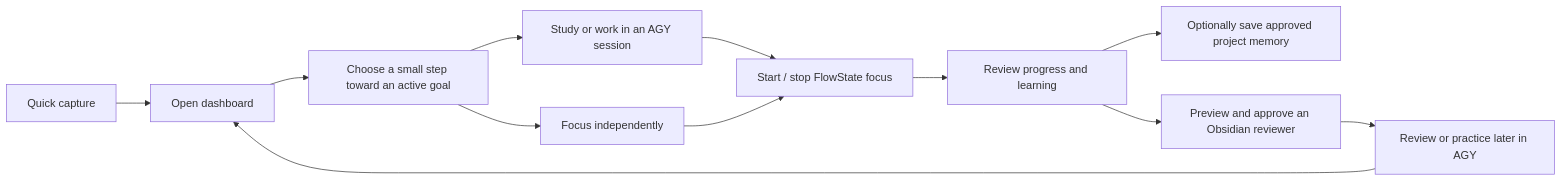
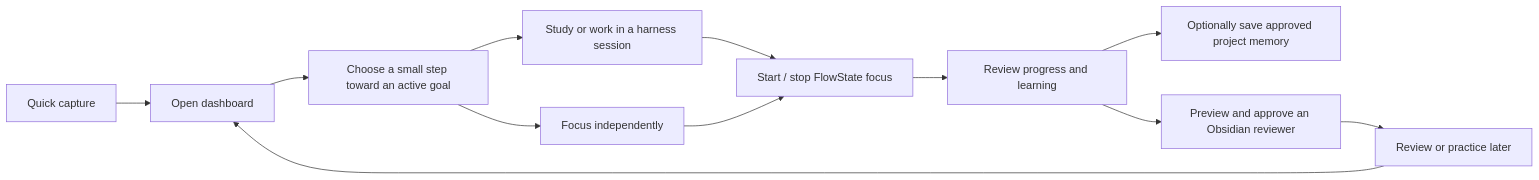
Before and after one commit to AlwinsonTGM/TGM: the first of 2 diagrams in outputs/project-hub.md, drawn with Mermaid. The commit also changed other lines of this file and 13 other files, not shown here.

````diff
--- a/outputs/project-hub.md
+++ b/outputs/project-hub.md
@@ -18,14 +24,14 @@
 ```mermaid
 flowchart LR
     A[Open dashboard] --> B[Choose a small step toward an active goal]
-    B --> C[Study or work in an AGY session]
+    B --> C[Study or work in a harness session]
     B --> D[Focus independently]
     C --> E[Start / stop FlowState focus]
     D --> E
     E --> F[Review progress and learning]
     F --> G[Optionally save approved project memory]
     F --> H[Preview and approve an Obsidian reviewer]
-    H --> I[Review or practice later in AGY]
+    H --> I[Review or practice later]
     I --> A
     J[Quick capture] --> A
 ```
````
